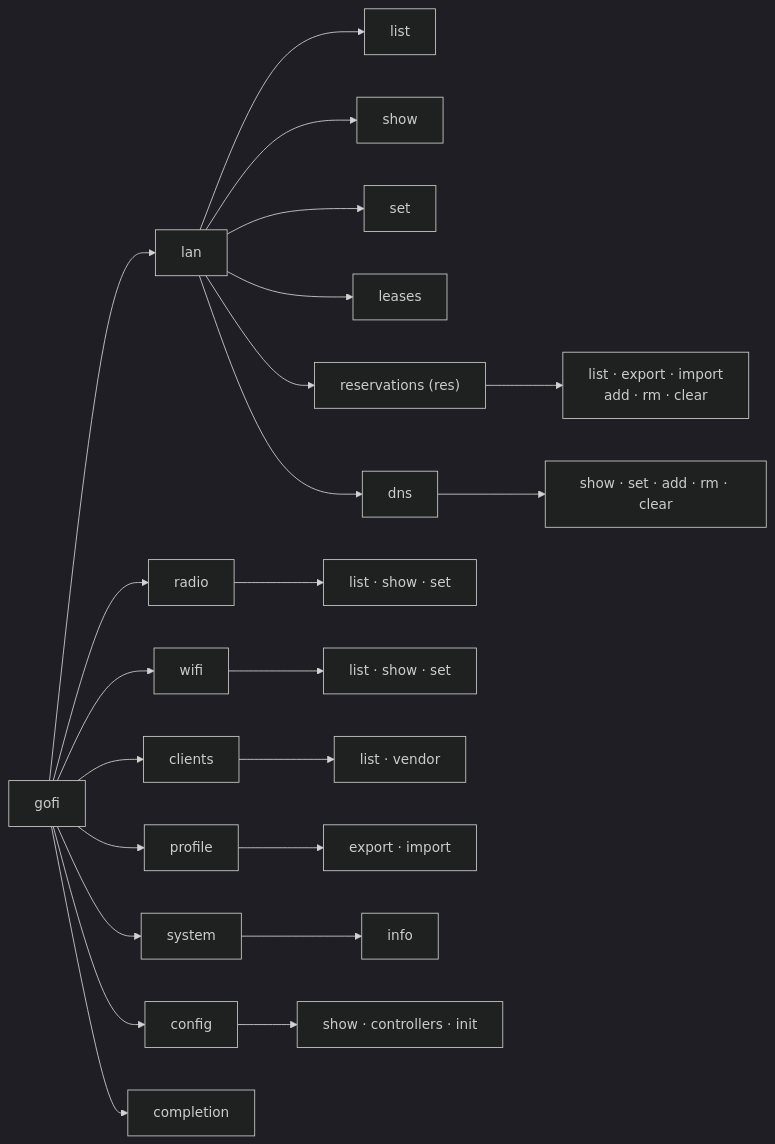
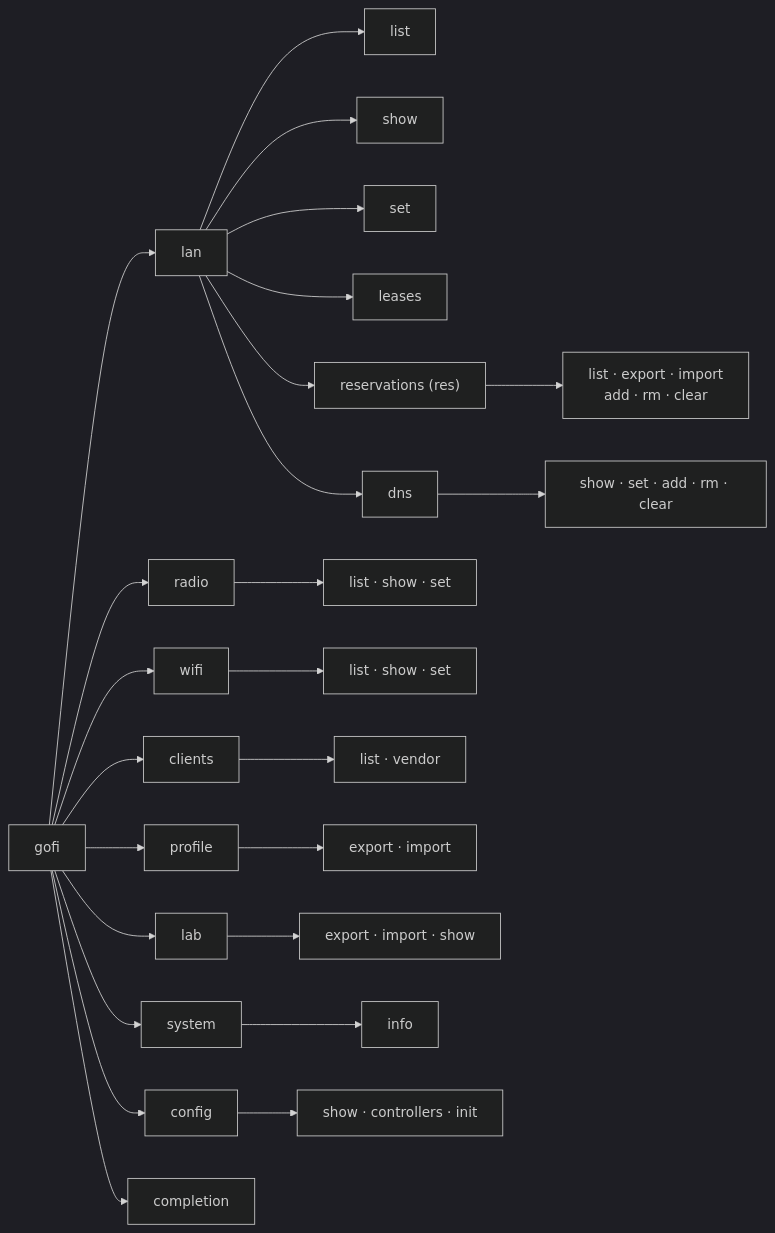
One commit to emergingrobotics/gofi changed the first of 4 diagrams in docs/DESIGN-CLI.md. Above: the diagram before and after it, drawn with Mermaid (dark theme). The commit also changed other lines of this file, not shown here.

````diff
--- a/docs/DESIGN-CLI.md
+++ b/docs/DESIGN-CLI.md
@@ -87,28 +137,30 @@
 ```mermaid
 graph LR
     gofi --> lan
     gofi --> radio
     gofi --> wifi
     gofi --> clients
     gofi --> profile
+    gofi --> lab
     gofi --> system
     gofi --> config
     gofi --> completion
 
     lan --> lan_list["list"]
     lan --> lan_show["show"]
     lan --> lan_set["set"]
     lan --> lan_leases["leases"]
     lan --> res["reservations (res)"]
     lan --> dns
 
     res --> res_cmds["list · export · import<br/>add · rm · clear"]
     dns --> dns_cmds["show · set · add · rm · clear"]
 
     radio --> radio_cmds["list · show · set"]
     wifi --> wifi_cmds["list · show · set"]
     clients --> clients_cmds["list · vendor"]
     profile --> profile_cmds["export · import"]
+    lab --> lab_cmds["export · import · show"]
     system --> system_cmds["info"]
     config --> config_cmds["show · controllers · init"]
 ```
````
